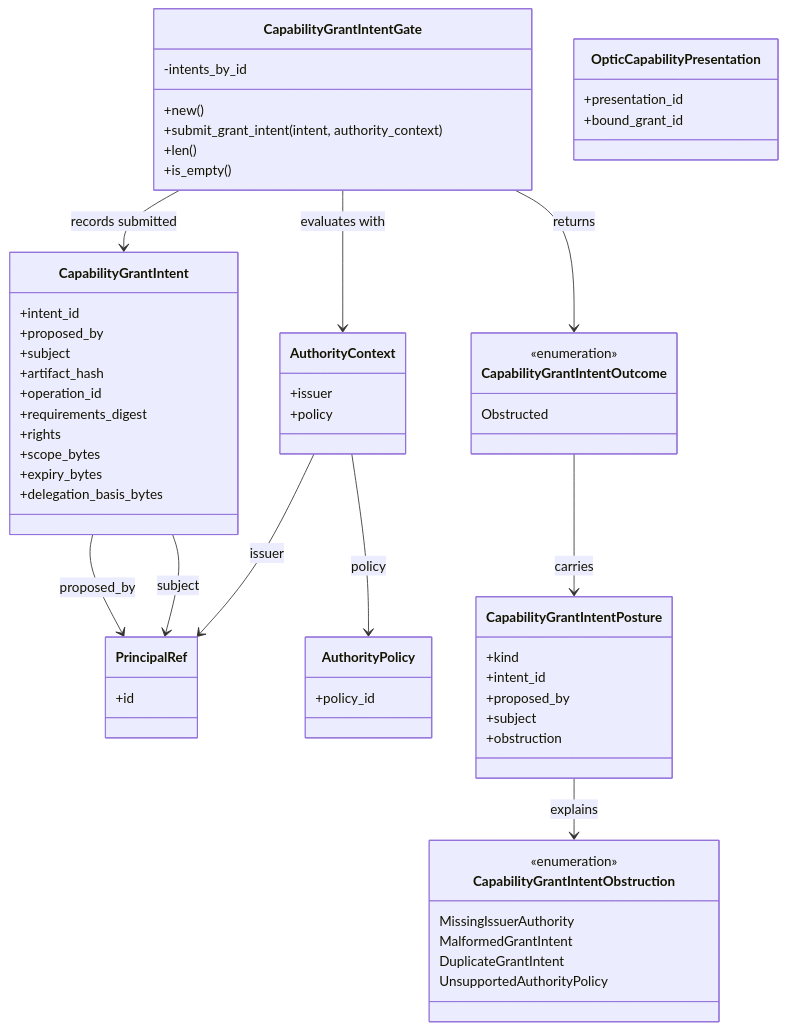
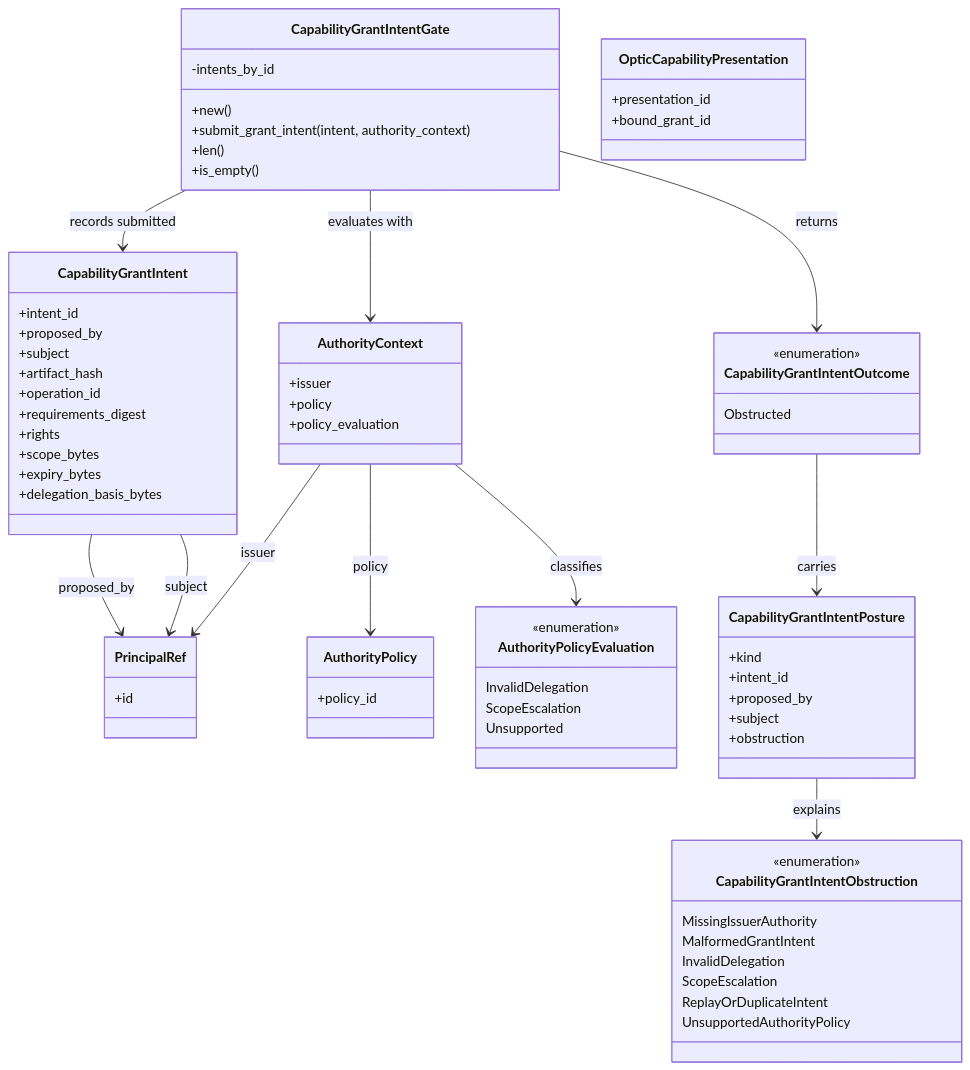
The fourth of 5 diagrams in docs/design/optic-capability-grant-registry.md (flyingrobots/echo), drawn with Mermaid before and after one commit. The commit also changed other lines of this file and 4 other files, not shown here.

Commit message:
feat(core): add authority policy obstruction vocabulary

```diff
--- a/docs/design/optic-capability-grant-registry.md
+++ b/docs/design/optic-capability-grant-registry.md
@@ -142,9 +151,17 @@
     +policy_id
   }
 
+  class AuthorityPolicyEvaluation {
+    <<enumeration>>
+    InvalidDelegation
+    ScopeEscalation
+    Unsupported
+  }
+
   class AuthorityContext {
     +issuer
     +policy
+    +policy_evaluation
   }
 
   class CapabilityGrantIntent {
@@ -185,7 +202,9 @@
     <<enumeration>>
     MissingIssuerAuthority
     MalformedGrantIntent
-    DuplicateGrantIntent
+    InvalidDelegation
+    ScopeEscalation
+    ReplayOrDuplicateIntent
     UnsupportedAuthorityPolicy
   }
 
@@ -198,6 +217,7 @@
   CapabilityGrantIntent --> PrincipalRef : subject
   AuthorityContext --> PrincipalRef : issuer
   AuthorityContext --> AuthorityPolicy : policy
+  AuthorityContext --> AuthorityPolicyEvaluation : classifies
   CapabilityGrantIntentGate --> CapabilityGrantIntent : records submitted
   CapabilityGrantIntentGate --> AuthorityContext : evaluates with
   CapabilityGrantIntentGate --> CapabilityGrantIntentOutcome : returns
```
